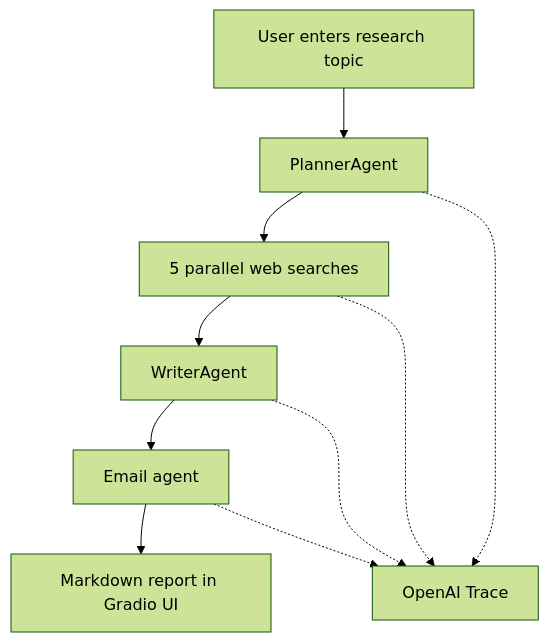
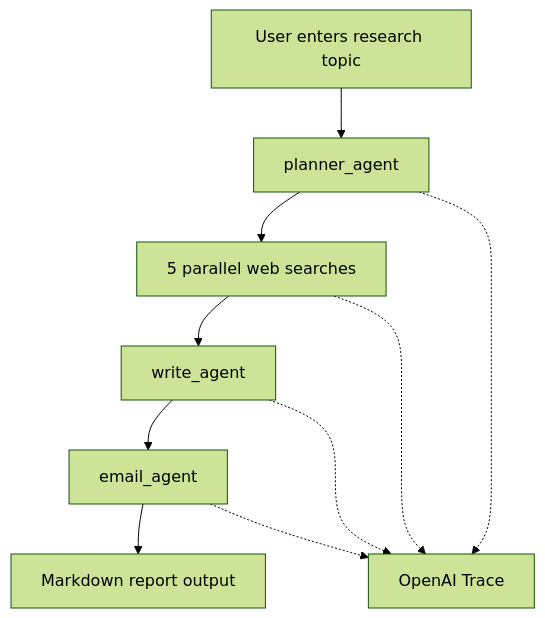
Before and after one commit to sabamhrz/agentic-deep-researcher: the diagram in README.md, drawn with Mermaid (forest theme). The commit also changed other lines of this file and 4 other files, not shown here.

````diff
--- a/README.md
+++ b/README.md
@@ -27,12 +26,12 @@
 ```mermaid
 flowchart TD
-    A[User enters research topic] --> B[PlannerAgent]
+    A[User enters research topic] --> B[planner_agent]
     B --> C[5 parallel web searches]
-    C --> D[WriterAgent]
-    D --> E[Email agent]
-    E --> F[Markdown report in Gradio UI]
+    C --> D[write_agent]
+    D --> E[email_agent]
+    E --> F[Markdown report output]
     B -.-> G[OpenAI Trace]
     C -.-> G
     D -.-> G
     E -.-> G
 ```
````
